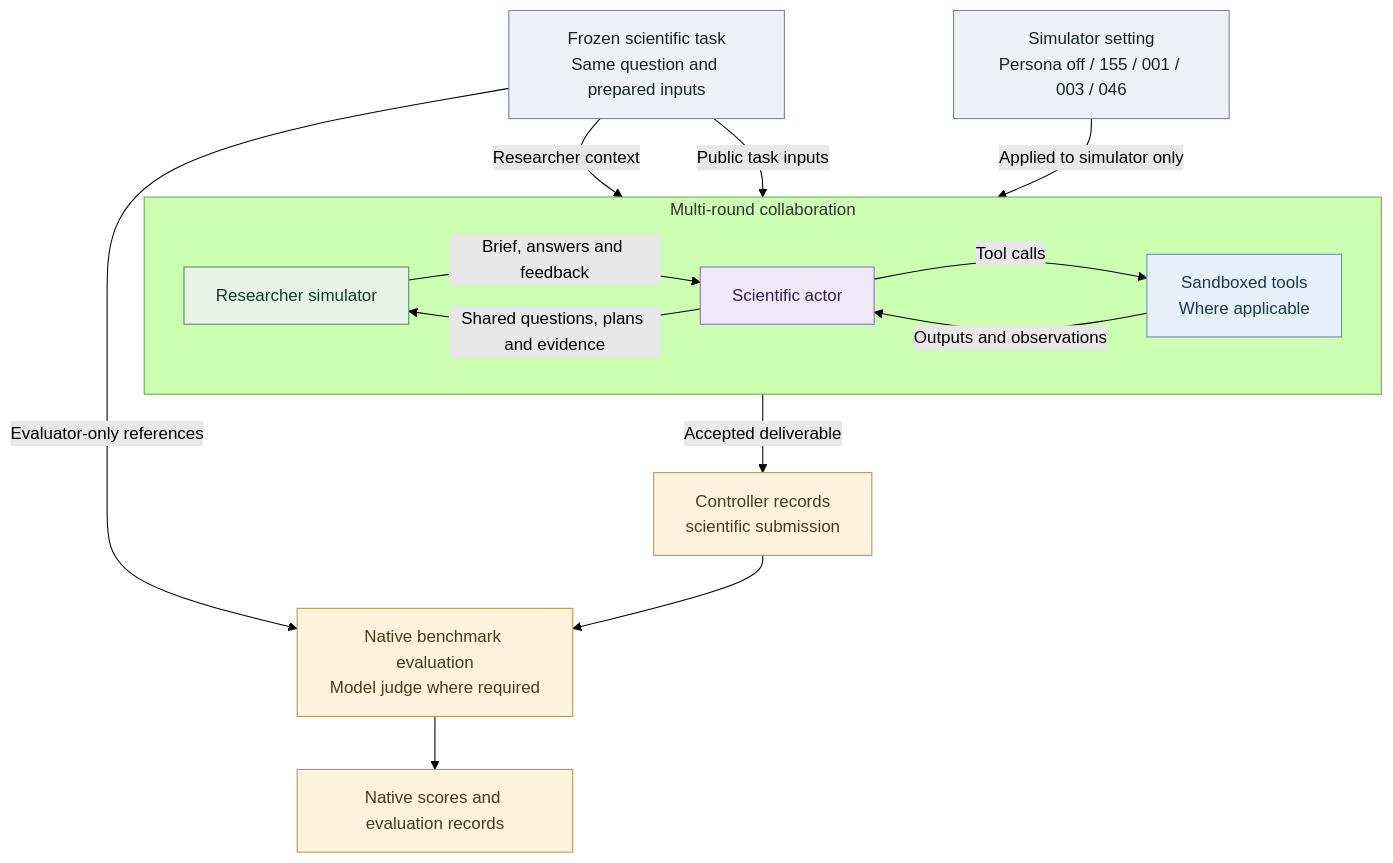
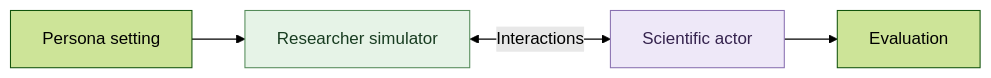
The diagram in README.md (MatrAIx-ai/PersonaScienceBench), drawn with Mermaid (forest theme) before and after one commit. The commit also changed other lines of this file, not shown here.

Commit message:
Simplify README interaction flowchart

````diff
--- a/README.md
+++ b/README.md
@@ -5,35 +5,8 @@
 ```mermaid
-flowchart TB
-    Q["Frozen scientific task<br/>Same question and prepared inputs"]
-    P["Simulator setting<br/>Persona off / 155 / 001 / 003 / 046"]
-
-    subgraph interaction["Multi-round collaboration"]
-        direction LR
-        S["Researcher simulator"]
-        A["Scientific actor"]
-        T["Sandboxed tools<br/>Where applicable"]
-        S -->|"Brief, answers and feedback"| A
-        A -->|"Shared questions, plans and evidence"| S
-        A -->|"Tool calls"| T
-        T -->|"Outputs and observations"| A
-    end
-
-    Q -->|"Researcher context"| S
-    Q -->|"Public task inputs"| A
-    P -->|"Applied to simulator only"| S
-    A -->|"Accepted deliverable"| F["Controller records<br/>scientific submission"]
-    F --> E["Native benchmark evaluation<br/>Model judge where required"]
-    Q -->|"Evaluator-only references"| E
-    E --> R["Native scores and evaluation records"]
-
-    classDef input fill:#eef2f6,stroke:#768394,color:#18212b
-    classDef simulator fill:#e6f3e7,stroke:#558b5a,color:#183c21
-    classDef actor fill:#eee8f8,stroke:#8970b1,color:#35234e
-    classDef tool fill:#e6f0fa,stroke:#668daf,color:#1e3850
-    classDef output fill:#fff3dc,stroke:#b29555,color:#493a1c
-    class Q,P input
-    class S simulator
-    class A actor
-    class T tool
-    class F,E,R output
+flowchart LR
+    P["Persona setting"] --> S["Researcher simulator"]
+    S <-->|"Interactions"| A["Scientific actor"]
+    A --> E["Evaluation"]
+    style S fill:#e6f3e7,stroke:#558b5a,color:#183c21
+    style A fill:#eee8f8,stroke:#8970b1,color:#35234e
 ```
````
